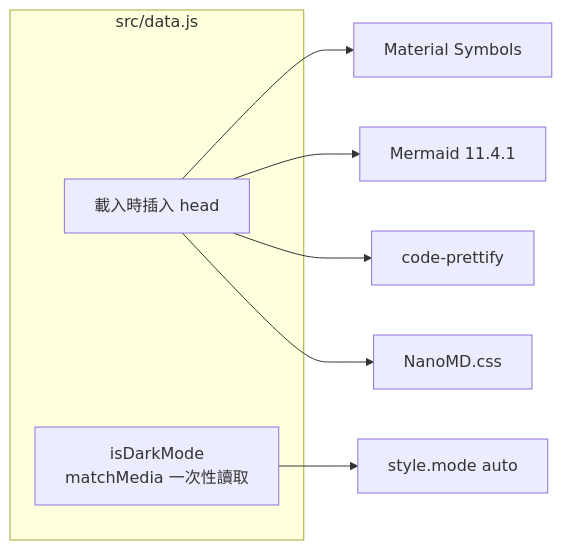
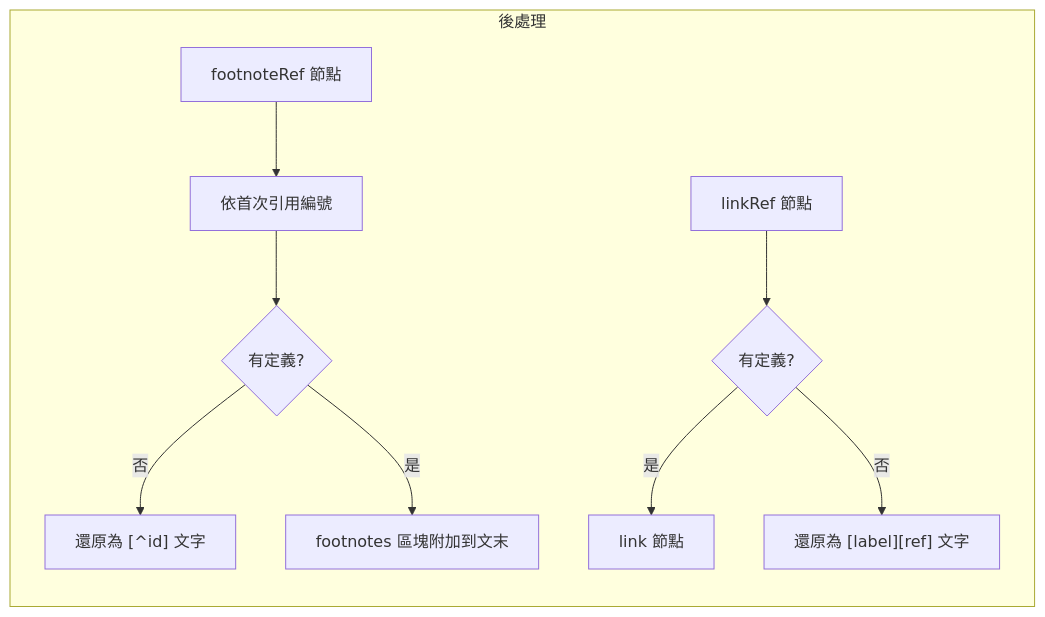
One commit to pardnchiu/NanoMD changed the fourth of 7 diagrams in doc/architecture.zh.md. Above: the diagram before and after it, drawn with Mermaid. The commit also changed other lines of this file and 7 other files, not shown here.

````diff
--- a/doc/architecture.zh.md
+++ b/doc/architecture.zh.md
@@ -100,12 +76,12 @@
 ```mermaid
 graph LR
-    subgraph Data["src/data.js"]
-        Inject[載入時插入 head]
-        Dark[isDarkMode<br/>matchMedia 一次性讀取]
+    subgraph 後處理
+        Refs[footnoteRef 節點] --> Number[依首次引用編號]
+        Number --> Missing{有定義?}
+        Missing -->|否| BackText1["還原為 [^id] 文字"]
+        Missing -->|是| Section[footnotes 區塊附加到文末]
+        LinkRef[linkRef 節點] --> Def{有定義?}
+        Def -->|是| Link[link 節點]
+        Def -->|否| BackText2["還原為 [label][ref] 文字"]
     end
-    Inject --> Fonts[Material Symbols]
-    Inject --> MermaidLib[Mermaid 11.4.1]
-    Inject --> Prettify[code-prettify]
-    Inject --> CSS[NanoMD.css]
-    Dark --> Mode[style.mode auto]
 ```
````
